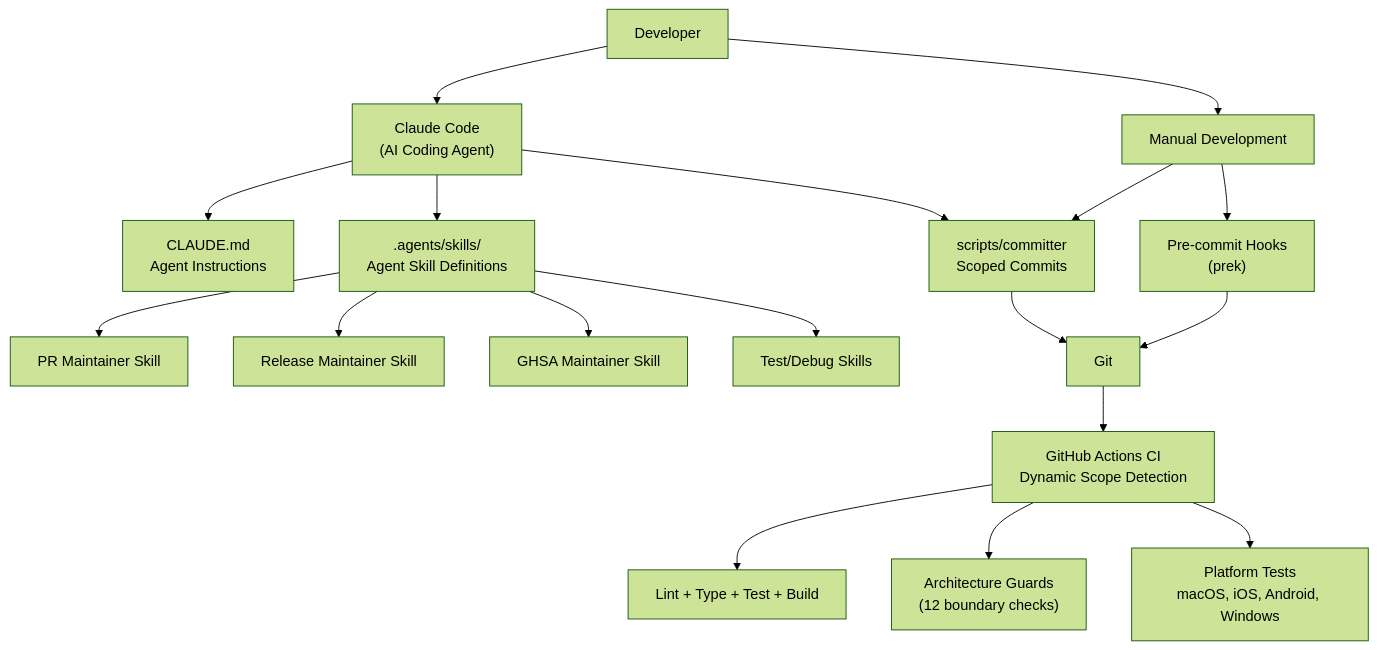
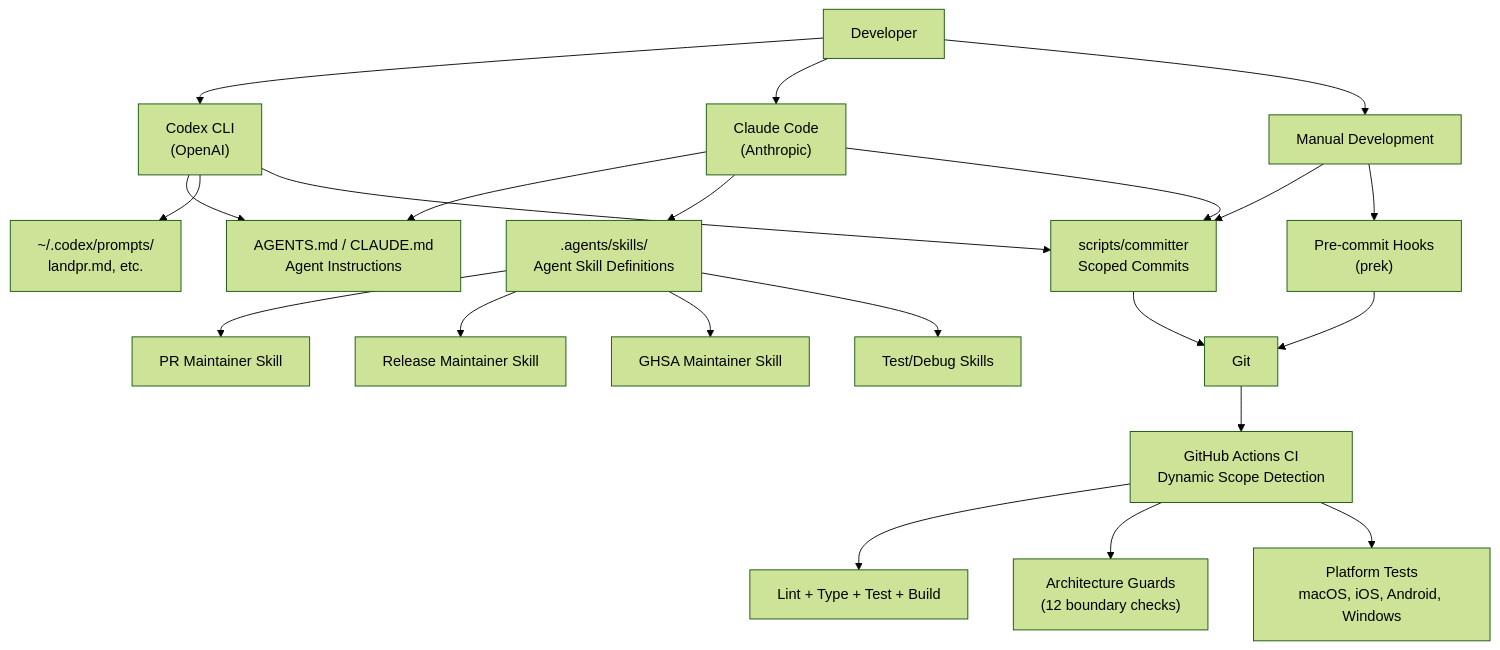
Before and after one commit to BjRo/openclaw-exploration: the first of 5 diagrams in development-process.md, drawn with Mermaid (forest theme). The commit also changed other lines of this file, not shown here.

Commit message:
There's more codex

````diff
--- a/development-process.md
+++ b/development-process.md
@@ -14,24 +17,28 @@
 ```mermaid
 graph TD
-    Dev["Developer"] --> CC["Claude Code<br/>(AI Coding Agent)"]
+    Dev["Developer"] --> Codex["Codex CLI<br/>(OpenAI)"]
+    Dev --> CC["Claude Code<br/>(Anthropic)"]
     Dev --> Manual["Manual Development"]
 
-    CC --> CLAUDE["CLAUDE.md<br/>Agent Instructions"]
+    Codex --> AGENTS["AGENTS.md / CLAUDE.md<br/>Agent Instructions"]
+    Codex --> CodexPrompts["~/.codex/prompts/<br/>landpr.md, etc."]
+    CC --> AGENTS
     CC --> Skills[".agents/skills/<br/>Agent Skill Definitions"]
-    CC --> Committer["scripts/committer<br/>Scoped Commits"]
+    Codex --> Committer["scripts/committer<br/>Scoped Commits"]
+    CC --> Committer
 
     Manual --> Committer
     Manual --> PreCommit["Pre-commit Hooks<br/>(prek)"]
 
     Committer --> Git["Git"]
     PreCommit --> Git
     Git --> CI["GitHub Actions CI<br/>Dynamic Scope Detection"]
     CI --> Checks["Lint + Type + Test + Build"]
     CI --> Guards["Architecture Guards<br/>(12 boundary checks)"]
     CI --> Platform["Platform Tests<br/>macOS, iOS, Android, Windows"]
 
     Skills --> PR["PR Maintainer Skill"]
     Skills --> Release["Release Maintainer Skill"]
     Skills --> GHSA["GHSA Maintainer Skill"]
     Skills --> TestDebug["Test/Debug Skills"]
 ```
````
